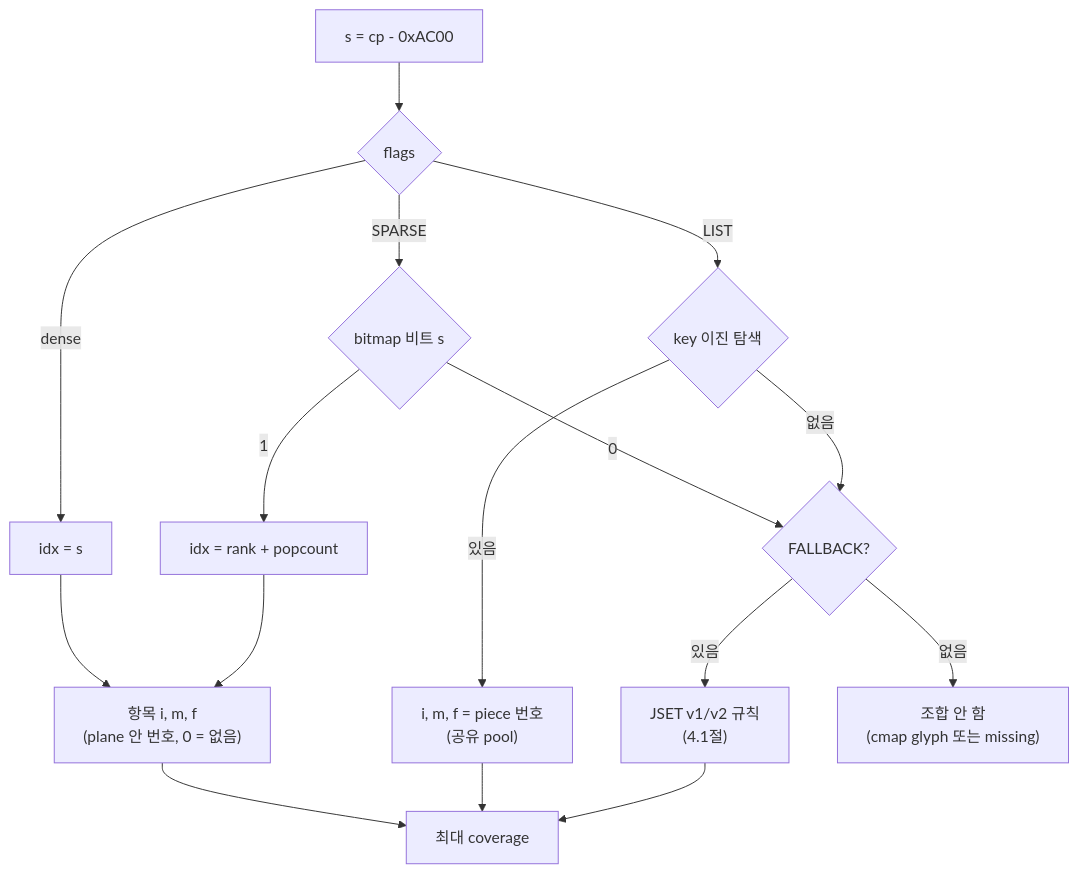
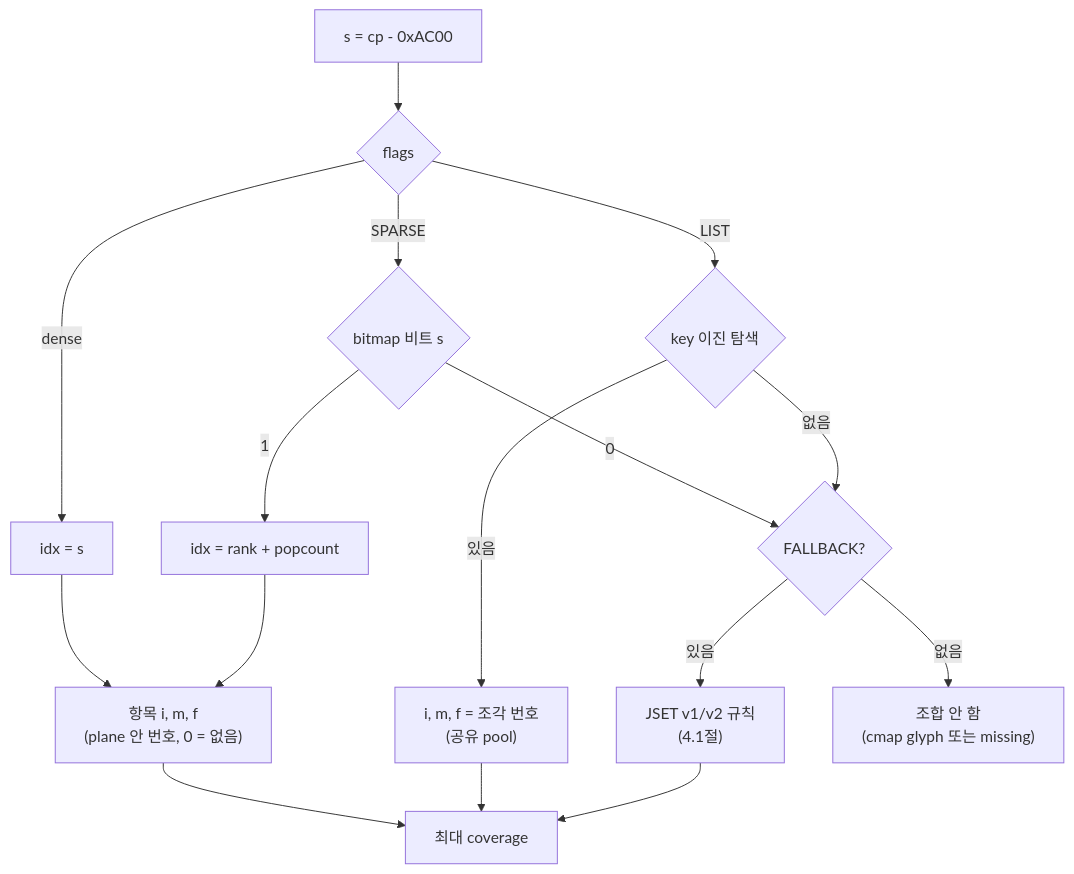
Before and after one commit to TaehyunKimLL/svf-fonts-open: diagram 18 of 27 in docs/jamo-sets.ko.md, drawn with Mermaid. The commit also changed other lines of this file and 3 other files, not shown here.

````diff
--- a/docs/jamo-sets.ko.md
+++ b/docs/jamo-sets.ko.md
@@ -862,18 +867,18 @@
 ```mermaid
 flowchart TD
   S["s = cp - 0xAC00"] --> K{"flags"}
   K -->|dense| D["idx = s"]
   K -->|SPARSE| B{"bitmap 비트 s"}
   B -->|1| R["idx = rank + popcount"]
   B -->|0| FB{"FALLBACK?"}
   K -->|LIST| L{"key 이진 탐색"}
-  L -->|있음| P2["i, m, f = piece 번호<br/>(공유 pool)"]
+  L -->|있음| P2["i, m, f = 조각 번호<br/>(공유 pool)"]
   L -->|없음| FB
   D --> E["항목 i, m, f<br/>(plane 안 번호, 0 = 없음)"]
   R --> E
   FB -->|있음| J["JSET v1/v2 규칙<br/>(4.1절)"]
   FB -->|없음| N["조합 안 함<br/>(cmap glyph 또는 missing)"]
   E --> O["최대 coverage"]
   P2 --> O
   J --> O
 ```
````
